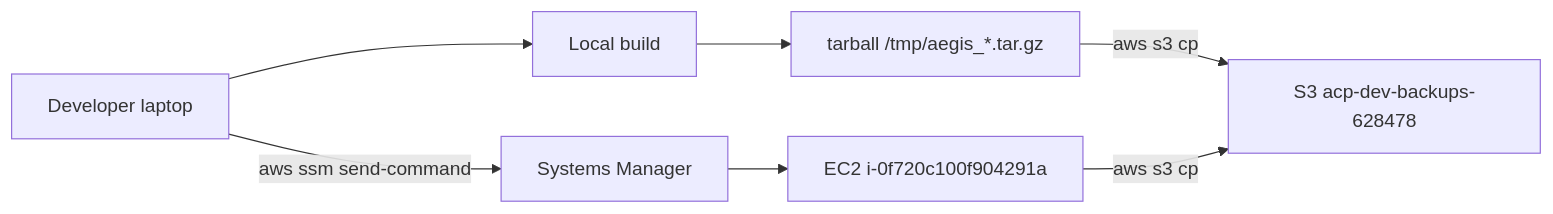
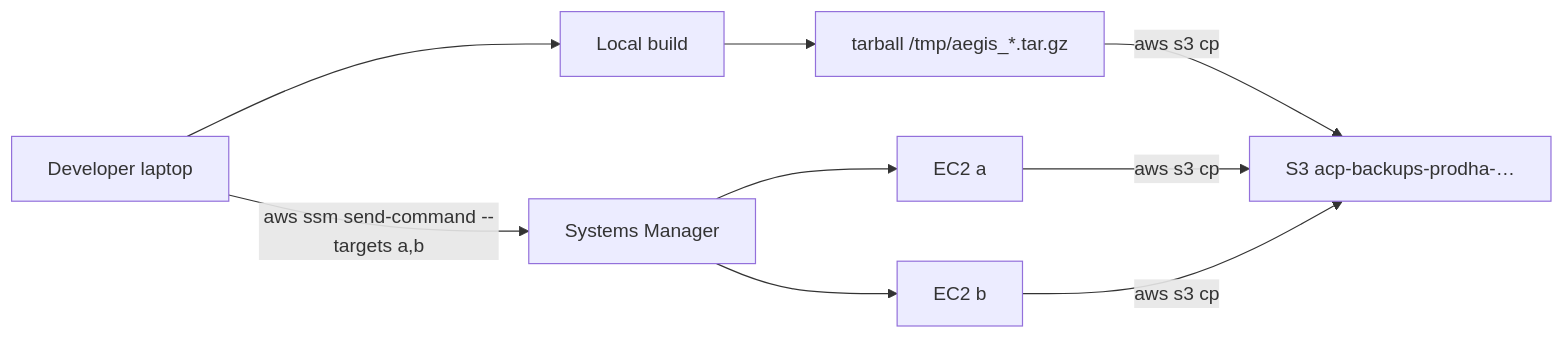
The third of 3 diagrams in docs/architecture/deployment-topology.md (Abhi-mishra998/aegis), drawn with Mermaid before and after one commit. The commit also changed other lines of this file and 353 other files, not shown here.

````diff
--- a/docs/architecture/deployment-topology.md
+++ b/docs/architecture/deployment-topology.md
@@ -133,15 +247,18 @@
 ```mermaid
 flowchart LR
     Dev[Developer laptop]
     Build[Local build]
     Tar[tarball /tmp/aegis_*.tar.gz]
-    S3D[S3 acp-dev-backups-628478]
+    S3D[S3 acp-backups-prodha-…]
     SSM[Systems Manager]
-    EC2[EC2 i-0f720c100f904291a]
+    EC2a[EC2 a]
+    EC2b[EC2 b]
     Dev --> Build
     Build --> Tar
     Tar -->|aws s3 cp| S3D
-    Dev -->|aws ssm send-command| SSM
-    SSM --> EC2
-    EC2 -->|aws s3 cp| S3D
+    Dev -->|aws ssm send-command --targets a,b| SSM
+    SSM --> EC2a
+    SSM --> EC2b
+    EC2a -->|aws s3 cp| S3D
+    EC2b -->|aws s3 cp| S3D
 ```
````
